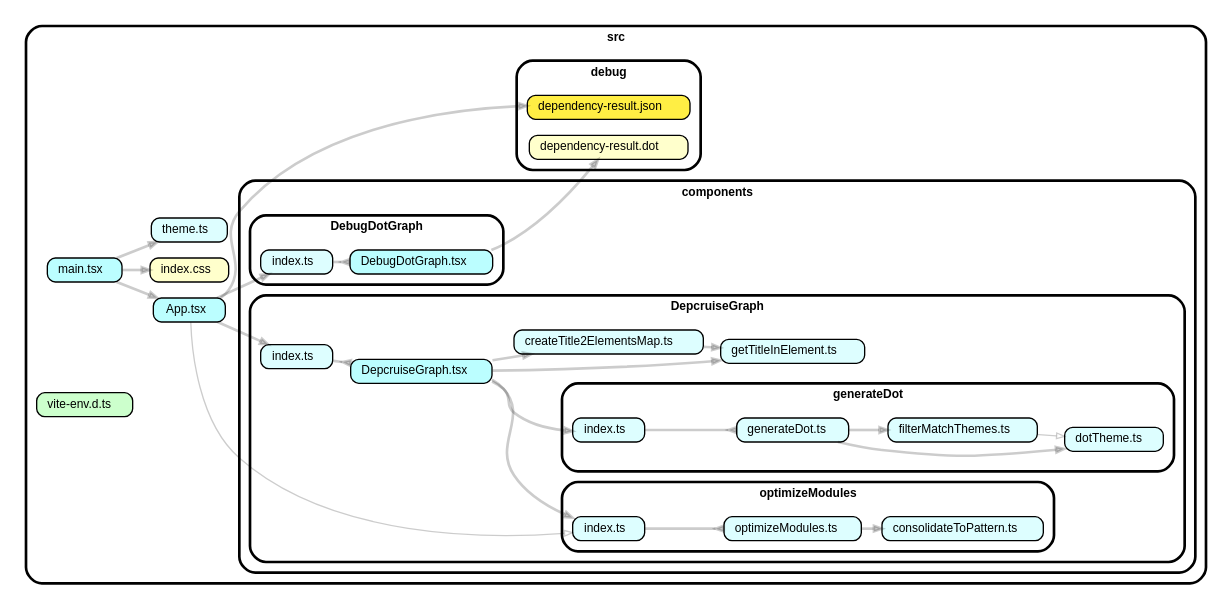
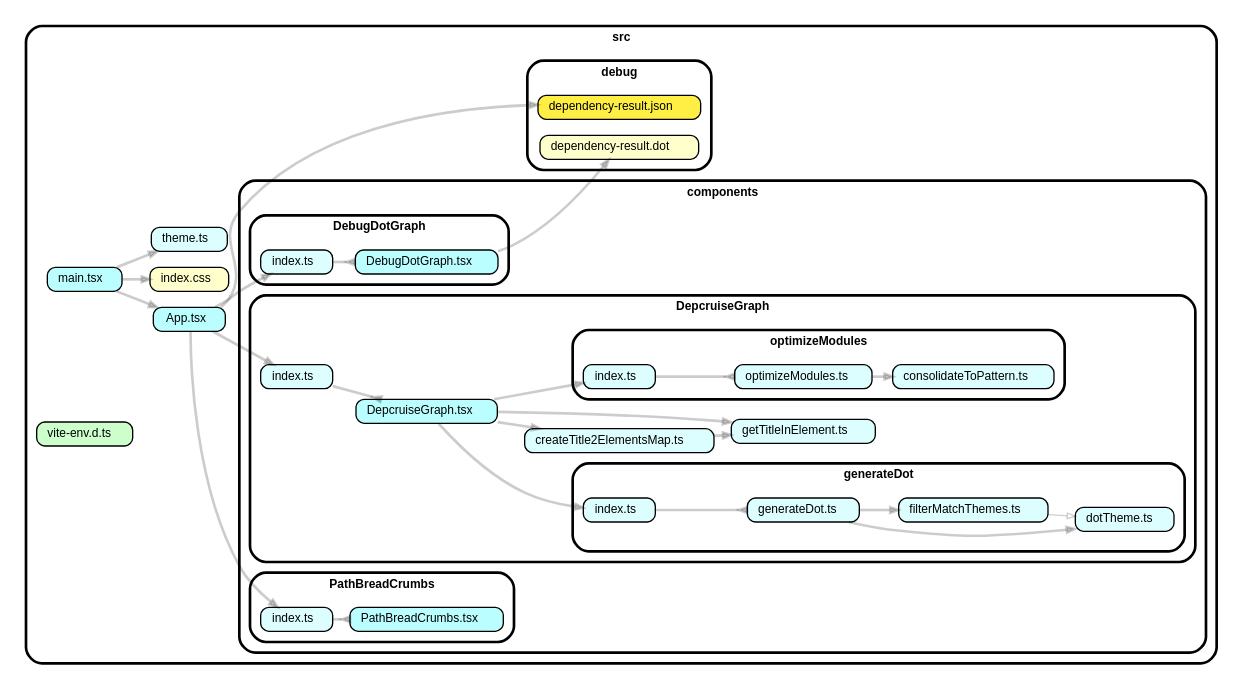
The diagram in src/debug/dependency-result.dot (TakanoriOnuma/depcruise-visualizer), drawn with Graphviz before and after one commit. The commit also changed 1 other file, not shown here.

```diff
--- a/src/debug/dependency-result.dot
+++ b/src/debug/dependency-result.dot
@@ -1,47 +1,50 @@
 strict digraph "dependency-cruiser output"{
     rankdir="LR" splines="true" overlap="false" nodesep="0.16" ranksep="0.18" fontname="Helvetica-bold" fontsize="9" style="rounded,bold,filled" fillcolor="#ffffff" compound="true"
     node [shape="box" style="rounded, filled" height="0.2" color="black" fillcolor="#ffffcc" fontcolor="black" fontname="Helvetica" fontsize="9"]
     edge [arrowhead="normal" arrowsize="0.6" penwidth="2.0" color="#00000033" fontname="Helvetica" fontsize="9"]
 
     subgraph "cluster_src" {label="src" "src/App.tsx" [label=<App.tsx> tooltip="App.tsx" URL="https://github.com/TakanoriOnuma/depcruise-visualizer/blob/main/src/App.tsx" fillcolor="#bbfeff"] }
     "src/App.tsx" -> "src/components/DebugDotGraph/index.ts"
     "src/App.tsx" -> "src/components/DepcruiseGraph/index.ts"
-    "src/App.tsx" -> "src/components/DepcruiseGraph/optimizeModules/index.ts" [arrowhead="onormal" penwidth="1.0"]
+    "src/App.tsx" -> "src/components/PathBreadCrumbs/index.ts"
     "src/App.tsx" -> "src/debug/dependency-result.json"
     subgraph "cluster_src" {label="src" subgraph "cluster_src/components" {label="components" subgraph "cluster_src/components/DebugDotGraph" {label="DebugDotGraph" "src/components/DebugDotGraph/DebugDotGraph.tsx" [label=<DebugDotGraph.tsx> tooltip="DebugDotGraph.tsx" URL="https://github.com/TakanoriOnuma/depcruise-visualizer/blob/main/src/components/DebugDotGraph/DebugDotGraph.tsx" fillcolor="#bbfeff"] } } }
     "src/components/DebugDotGraph/DebugDotGraph.tsx" -> "src/debug/dependency-result.dot"
     subgraph "cluster_src" {label="src" subgraph "cluster_src/components" {label="components" subgraph "cluster_src/components/DebugDotGraph" {label="DebugDotGraph" "src/components/DebugDotGraph/index.ts" [label=<index.ts> tooltip="index.ts" URL="https://github.com/TakanoriOnuma/depcruise-visualizer/blob/main/src/components/DebugDotGraph/index.ts" fillcolor="#ddfeff"] } } }
     "src/components/DebugDotGraph/index.ts" -> "src/components/DebugDotGraph/DebugDotGraph.tsx" [arrowhead="inv"]
     subgraph "cluster_src" {label="src" subgraph "cluster_src/components" {label="components" subgraph "cluster_src/components/DepcruiseGraph" {label="DepcruiseGraph" "src/components/DepcruiseGraph/DepcruiseGraph.tsx" [label=<DepcruiseGraph.tsx> tooltip="DepcruiseGraph.tsx" URL="https://github.com/TakanoriOnuma/depcruise-visualizer/blob/main/src/components/DepcruiseGraph/DepcruiseGraph.tsx" fillcolor="#bbfeff"] } } }
     "src/components/DepcruiseGraph/DepcruiseGraph.tsx" -> "src/components/DepcruiseGraph/createTitle2ElementsMap.ts"
     "src/components/DepcruiseGraph/DepcruiseGraph.tsx" -> "src/components/DepcruiseGraph/generateDot/index.ts"
     "src/components/DepcruiseGraph/DepcruiseGraph.tsx" -> "src/components/DepcruiseGraph/getTitleInElement.ts"
     "src/components/DepcruiseGraph/DepcruiseGraph.tsx" -> "src/components/DepcruiseGraph/optimizeModules/index.ts"
     subgraph "cluster_src" {label="src" subgraph "cluster_src/components" {label="components" subgraph "cluster_src/components/DepcruiseGraph" {label="DepcruiseGraph" "src/components/DepcruiseGraph/createTitle2ElementsMap.ts" [label=<createTitle2ElementsMap.ts> tooltip="createTitle2ElementsMap.ts" URL="https://github.com/TakanoriOnuma/depcruise-visualizer/blob/main/src/components/DepcruiseGraph/createTitle2ElementsMap.ts" fillcolor="#ddfeff"] } } }
     "src/components/DepcruiseGraph/createTitle2ElementsMap.ts" -> "src/components/DepcruiseGraph/getTitleInElement.ts"
     subgraph "cluster_src" {label="src" subgraph "cluster_src/components" {label="components" subgraph "cluster_src/components/DepcruiseGraph" {label="DepcruiseGraph" subgraph "cluster_src/components/DepcruiseGraph/generateDot" {label="generateDot" "src/components/DepcruiseGraph/generateDot/dotTheme.ts" [label=<dotTheme.ts> tooltip="dotTheme.ts" URL="https://github.com/TakanoriOnuma/depcruise-visualizer/blob/main/src/components/DepcruiseGraph/generateDot/dotTheme.ts" fillcolor="#ddfeff"] } } } }
     subgraph "cluster_src" {label="src" subgraph "cluster_src/components" {label="components" subgraph "cluster_src/components/DepcruiseGraph" {label="DepcruiseGraph" subgraph "cluster_src/components/DepcruiseGraph/generateDot" {label="generateDot" "src/components/DepcruiseGraph/generateDot/filterMatchThemes.ts" [label=<filterMatchThemes.ts> tooltip="filterMatchThemes.ts" URL="https://github.com/TakanoriOnuma/depcruise-visualizer/blob/main/src/components/DepcruiseGraph/generateDot/filterMatchThemes.ts" fillcolor="#ddfeff"] } } } }
     "src/components/DepcruiseGraph/generateDot/filterMatchThemes.ts" -> "src/components/DepcruiseGraph/generateDot/dotTheme.ts" [arrowhead="onormal" penwidth="1.0"]
     subgraph "cluster_src" {label="src" subgraph "cluster_src/components" {label="components" subgraph "cluster_src/components/DepcruiseGraph" {label="DepcruiseGraph" subgraph "cluster_src/components/DepcruiseGraph/generateDot" {label="generateDot" "src/components/DepcruiseGraph/generateDot/generateDot.ts" [label=<generateDot.ts> tooltip="generateDot.ts" URL="https://github.com/TakanoriOnuma/depcruise-visualizer/blob/main/src/components/DepcruiseGraph/generateDot/generateDot.ts" fillcolor="#ddfeff"] } } } }
     "src/components/DepcruiseGraph/generateDot/generateDot.ts" -> "src/components/DepcruiseGraph/generateDot/dotTheme.ts"
     "src/components/DepcruiseGraph/generateDot/generateDot.ts" -> "src/components/DepcruiseGraph/generateDot/filterMatchThemes.ts"
     subgraph "cluster_src" {label="src" subgraph "cluster_src/components" {label="components" subgraph "cluster_src/components/DepcruiseGraph" {label="DepcruiseGraph" subgraph "cluster_src/components/DepcruiseGraph/generateDot" {label="generateDot" "src/components/DepcruiseGraph/generateDot/index.ts" [label=<index.ts> tooltip="index.ts" URL="https://github.com/TakanoriOnuma/depcruise-visualizer/blob/main/src/components/DepcruiseGraph/generateDot/index.ts" fillcolor="#ddfeff"] } } } }
     "src/components/DepcruiseGraph/generateDot/index.ts" -> "src/components/DepcruiseGraph/generateDot/generateDot.ts" [arrowhead="inv"]
     subgraph "cluster_src" {label="src" subgraph "cluster_src/components" {label="components" subgraph "cluster_src/components/DepcruiseGraph" {label="DepcruiseGraph" "src/components/DepcruiseGraph/getTitleInElement.ts" [label=<getTitleInElement.ts> tooltip="getTitleInElement.ts" URL="https://github.com/TakanoriOnuma/depcruise-visualizer/blob/main/src/components/DepcruiseGraph/getTitleInElement.ts" fillcolor="#ddfeff"] } } }
     subgraph "cluster_src" {label="src" subgraph "cluster_src/components" {label="components" subgraph "cluster_src/components/DepcruiseGraph" {label="DepcruiseGraph" "src/components/DepcruiseGraph/index.ts" [label=<index.ts> tooltip="index.ts" URL="https://github.com/TakanoriOnuma/depcruise-visualizer/blob/main/src/components/DepcruiseGraph/index.ts" fillcolor="#ddfeff"] } } }
     "src/components/DepcruiseGraph/index.ts" -> "src/components/DepcruiseGraph/DepcruiseGraph.tsx" [arrowhead="inv"]
     subgraph "cluster_src" {label="src" subgraph "cluster_src/components" {label="components" subgraph "cluster_src/components/DepcruiseGraph" {label="DepcruiseGraph" subgraph "cluster_src/components/DepcruiseGraph/optimizeModules" {label="optimizeModules" "src/components/DepcruiseGraph/optimizeModules/consolidateToPattern.ts" [label=<consolidateToPattern.ts> tooltip="consolidateToPattern.ts" URL="https://github.com/TakanoriOnuma/depcruise-visualizer/blob/main/src/components/DepcruiseGraph/optimizeModules/consolidateToPattern.ts" fillcolor="#ddfeff"] } } } }
     subgraph "cluster_src" {label="src" subgraph "cluster_src/components" {label="components" subgraph "cluster_src/components/DepcruiseGraph" {label="DepcruiseGraph" subgraph "cluster_src/components/DepcruiseGraph/optimizeModules" {label="optimizeModules" "src/components/DepcruiseGraph/optimizeModules/index.ts" [label=<index.ts> tooltip="index.ts" URL="https://github.com/TakanoriOnuma/depcruise-visualizer/blob/main/src/components/DepcruiseGraph/optimizeModules/index.ts" fillcolor="#ddfeff"] } } } }
     "src/components/DepcruiseGraph/optimizeModules/index.ts" -> "src/components/DepcruiseGraph/optimizeModules/optimizeModules.ts" [arrowhead="inv"]
     subgraph "cluster_src" {label="src" subgraph "cluster_src/components" {label="components" subgraph "cluster_src/components/DepcruiseGraph" {label="DepcruiseGraph" subgraph "cluster_src/components/DepcruiseGraph/optimizeModules" {label="optimizeModules" "src/components/DepcruiseGraph/optimizeModules/optimizeModules.ts" [label=<optimizeModules.ts> tooltip="optimizeModules.ts" URL="https://github.com/TakanoriOnuma/depcruise-visualizer/blob/main/src/components/DepcruiseGraph/optimizeModules/optimizeModules.ts" fillcolor="#ddfeff"] } } } }
     "src/components/DepcruiseGraph/optimizeModules/optimizeModules.ts" -> "src/components/DepcruiseGraph/optimizeModules/consolidateToPattern.ts"
+    subgraph "cluster_src" {label="src" subgraph "cluster_src/components" {label="components" subgraph "cluster_src/components/PathBreadCrumbs" {label="PathBreadCrumbs" "src/components/PathBreadCrumbs/PathBreadCrumbs.tsx" [label=<PathBreadCrumbs.tsx> tooltip="PathBreadCrumbs.tsx" URL="https://github.com/TakanoriOnuma/depcruise-visualizer/blob/main/src/components/PathBreadCrumbs/PathBreadCrumbs.tsx" fillcolor="#bbfeff"] } } }
+    subgraph "cluster_src" {label="src" subgraph "cluster_src/components" {label="components" subgraph "cluster_src/components/PathBreadCrumbs" {label="PathBreadCrumbs" "src/components/PathBreadCrumbs/index.ts" [label=<index.ts> tooltip="index.ts" URL="https://github.com/TakanoriOnuma/depcruise-visualizer/blob/main/src/components/PathBreadCrumbs/index.ts" fillcolor="#ddfeff"] } } }
+    "src/components/PathBreadCrumbs/index.ts" -> "src/components/PathBreadCrumbs/PathBreadCrumbs.tsx" [arrowhead="inv"]
     subgraph "cluster_src" {label="src" subgraph "cluster_src/debug" {label="debug" "src/debug/dependency-result.dot" [label=<dependency-result.dot> tooltip="dependency-result.dot" URL="https://github.com/TakanoriOnuma/depcruise-visualizer/blob/main/src/debug/dependency-result.dot" ] } }
     subgraph "cluster_src" {label="src" subgraph "cluster_src/debug" {label="debug" "src/debug/dependency-result.json" [label=<dependency-result.json> tooltip="dependency-result.json" URL="https://github.com/TakanoriOnuma/depcruise-visualizer/blob/main/src/debug/dependency-result.json" fillcolor="#ffee44"] } }
     subgraph "cluster_src" {label="src" "src/index.css" [label=<index.css> tooltip="index.css" URL="https://github.com/TakanoriOnuma/depcruise-visualizer/blob/main/src/index.css" ] }
     subgraph "cluster_src" {label="src" "src/main.tsx" [label=<main.tsx> tooltip="main.tsx" URL="https://github.com/TakanoriOnuma/depcruise-visualizer/blob/main/src/main.tsx" fillcolor="#bbfeff"] }
     "src/main.tsx" -> "src/App.tsx"
     "src/main.tsx" -> "src/index.css"
     "src/main.tsx" -> "src/theme.ts"
     subgraph "cluster_src" {label="src" "src/theme.ts" [label=<theme.ts> tooltip="theme.ts" URL="https://github.com/TakanoriOnuma/depcruise-visualizer/blob/main/src/theme.ts" fillcolor="#ddfeff"] }
     subgraph "cluster_src" {label="src" "src/vite-env.d.ts" [label=<vite-env.d.ts> tooltip="vite-env.d.ts" URL="https://github.com/TakanoriOnuma/depcruise-visualizer/blob/main/src/vite-env.d.ts" fillcolor="#ccffcc"] }
 }
```
